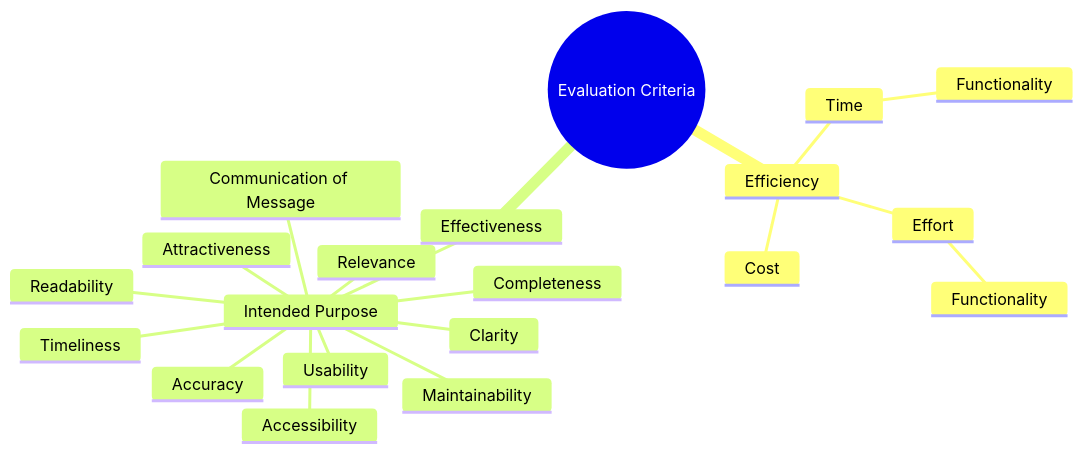
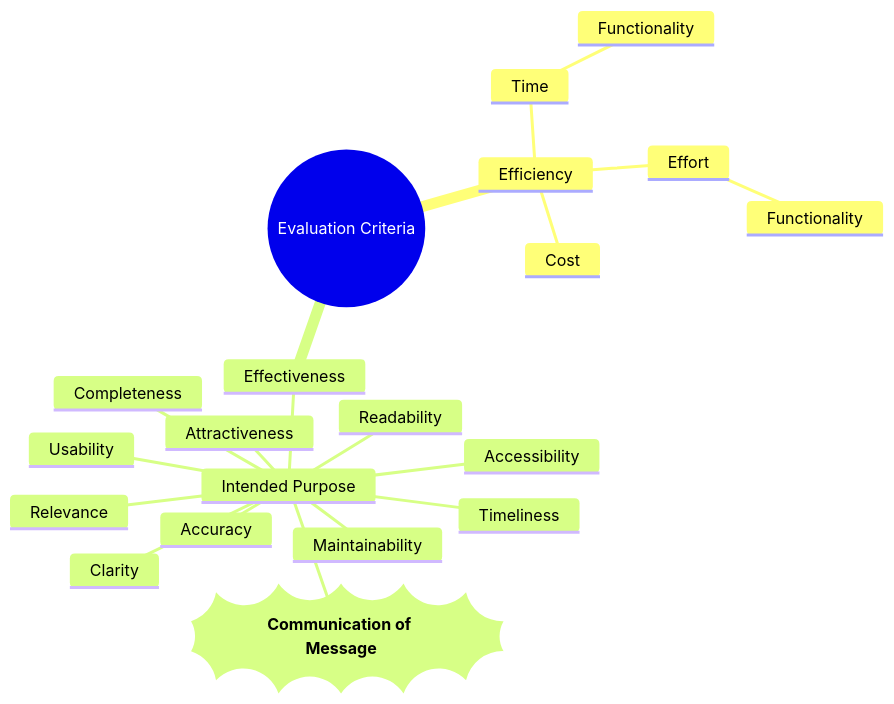
Before and after one commit to mrmatho/da-slides: the diagram in pages/evaluation-criteria.md, drawn with Mermaid. The commit also changed 14 other files, not shown here.

````diff
--- a/pages/evaluation-criteria.md
+++ b/pages/evaluation-criteria.md
@@ -76,24 +76,24 @@
 ```mermaid
 mindmap
     root((Evaluation Criteria))
         Efficiency
             Cost
             Time
                 Functionality
             Effort
                 Functionality
         Effectiveness
             Intended Purpose
 
                 Accessibility
                 Accuracy
                 Attractiveness
                 Clarity
-                Communication of Message
+                ))**Communication of Message**((
                 Completeness
                 Maintainability
                 Readability
                 Relevance
                 Timeliness
                 Usability
 ```
````
